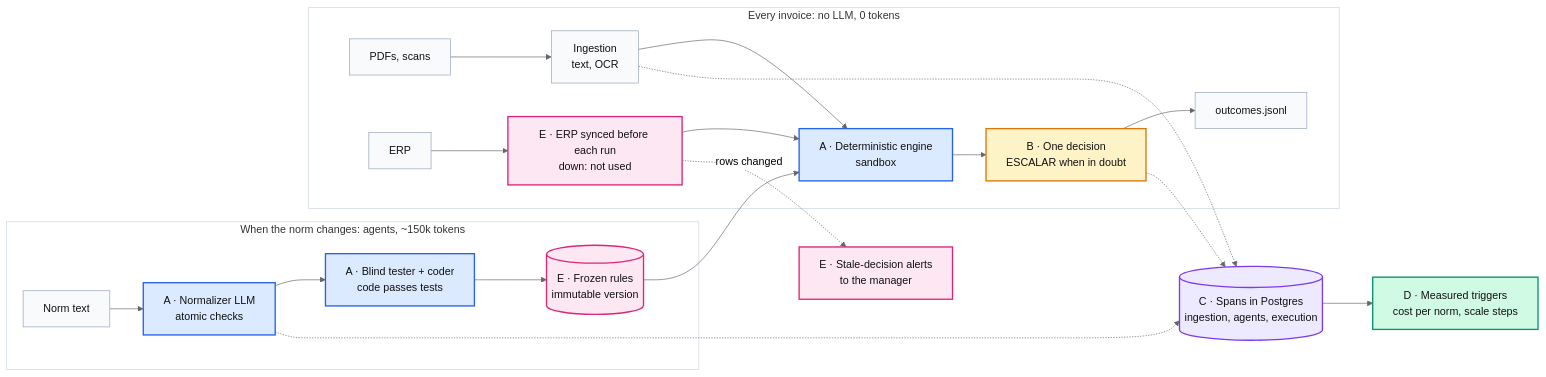
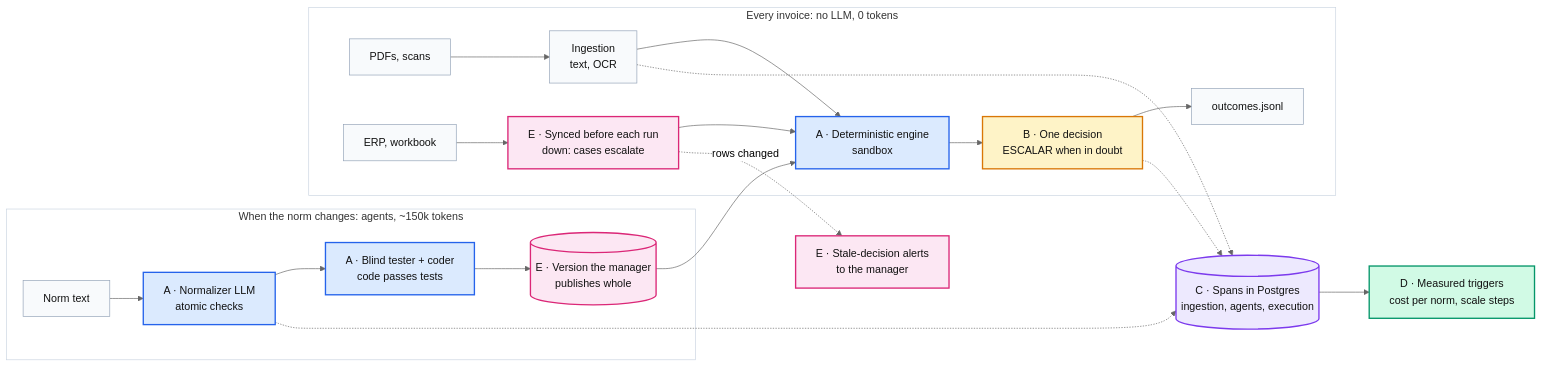
The diagram in docs/key-decisions.md (Martinhdeez/trace-it), drawn with Mermaid (neutral theme) before and after one commit. The commit also changed other lines of this file and 41 other files, not shown here.

````diff
--- a/docs/key-decisions.md
+++ b/docs/key-decisions.md
@@ -7,36 +8,36 @@
 ```mermaid
 flowchart LR
   subgraph CHG["When the norm changes: agents, ~150k tokens"]
     NORM["Norm text"] --> NZ["A · Normalizer LLM<br/>atomic checks"]
     NZ --> TC["A · Blind tester + coder<br/>code passes tests"]
-    TC --> FR[("E · Frozen rules<br/>immutable version")]
+    TC --> FR[("E · Version the manager<br/>publishes whole")]
   end
   subgraph RUN["Every invoice: no LLM, 0 tokens"]
     PDF["PDFs, scans"] --> ING["Ingestion<br/>text, OCR"]
-    ERP["ERP"] --> SYNC["E · ERP synced before each run<br/>down: not used"]
+    ERP["ERP, workbook"] --> SYNC["E · Synced before each run<br/>down: cases escalate"]
     ING --> ENG["A · Deterministic engine<br/>sandbox"]
     SYNC --> ENG
     ENG --> DEC["B · One decision<br/>ESCALAR when in doubt"]
     DEC --> EXP["outcomes.jsonl"]
   end
   FR --> ENG
   NZ -.-> EV[("C · Spans in Postgres<br/>ingestion, agents, execution")]
   ING -.-> EV
   DEC -.-> EV
   EV --> SC["D · Measured triggers<br/>cost per norm, scale steps"]
   SYNC -. "rows changed" .-> AL["E · Stale-decision alerts<br/>to the manager"]
   classDef ka fill:#dbeafe,stroke:#2563eb,stroke-width:2px,color:#111
   classDef kb fill:#fef3c7,stroke:#d97706,stroke-width:2px,color:#111
   classDef kc fill:#ede9fe,stroke:#7c3aed,stroke-width:2px,color:#111
   classDef kd fill:#d1fae5,stroke:#059669,stroke-width:2px,color:#111
   classDef ke fill:#fce7f3,stroke:#db2777,stroke-width:2px,color:#111
   classDef plain fill:#f8fafc,stroke:#94a3b8,color:#111
   class NZ,TC,ENG ka
   class DEC kb
   class EV kc
   class SC kd
   class FR,SYNC,AL ke
   class NORM,PDF,ERP,ING,EXP plain
   style CHG fill:#ffffff,stroke:#cbd5e1
   style RUN fill:#ffffff,stroke:#cbd5e1
 ```
````
